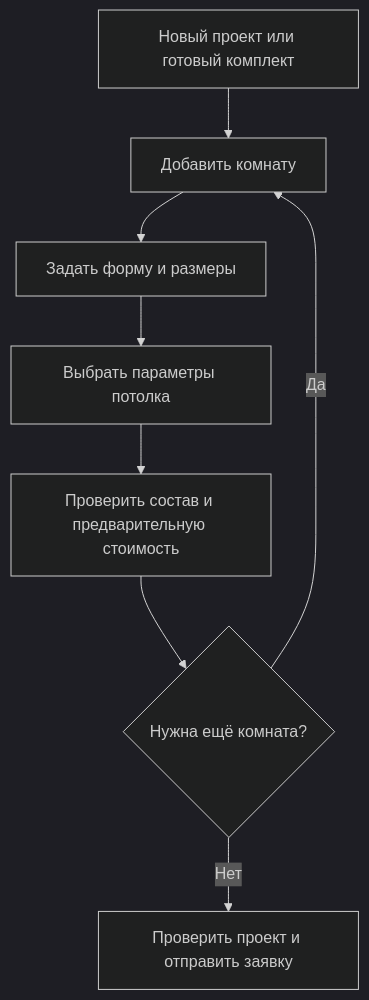
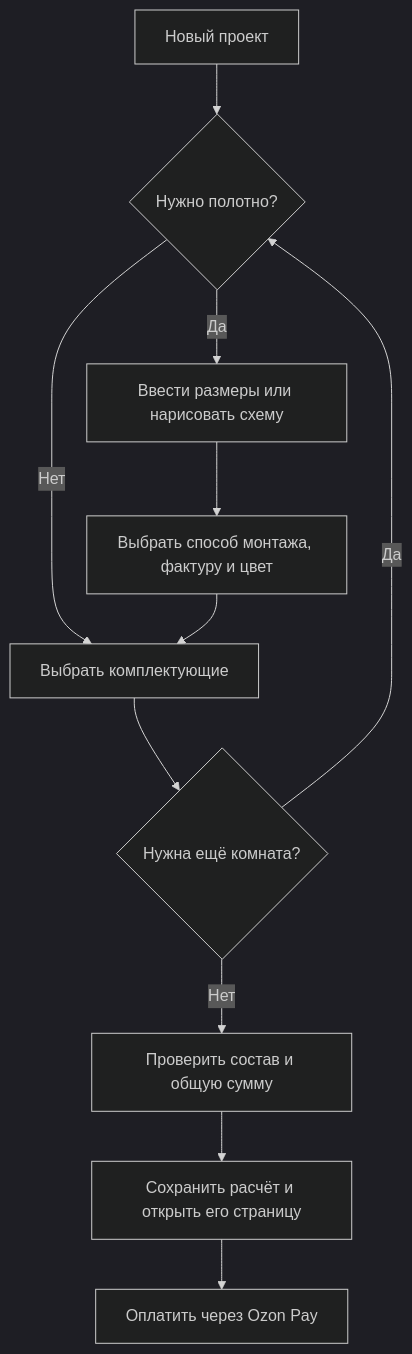
The diagram in docs/spec/constructor.md (ValentinAlekhin/krazburg-spec), drawn with Mermaid (dark theme) before and after one commit. The commit also changed other lines of this file and 22 other files, not shown here.

Commit message:
Refocus specification on CMS and redesign preserving Ozon Pay

````diff
--- a/docs/spec/constructor.md
+++ b/docs/spec/constructor.md
@@ -7,10 +7,13 @@
 ```mermaid
 flowchart TD
-  A[Новый проект или готовый комплект] --> B[Добавить комнату]
-  B --> C[Задать форму и размеры]
-  C --> D[Выбрать параметры потолка]
-  D --> E[Проверить состав и предварительную стоимость]
+  A[Новый проект] --> B{Нужно полотно?}
+  B -->|Да| C[Ввести размеры или нарисовать схему]
+  C --> D[Выбрать способ монтажа, фактуру и цвет]
+  B -->|Нет| E[Выбрать комплектующие]
+  D --> E
   E --> F{Нужна ещё комната?}
   F -->|Да| B
-  F -->|Нет| G[Проверить проект и отправить заявку]
+  F -->|Нет| G[Проверить состав и общую сумму]
+  G --> H[Сохранить расчёт и открыть его страницу]
+  H --> I[Оплатить через Ozon Pay]
 ```
````
